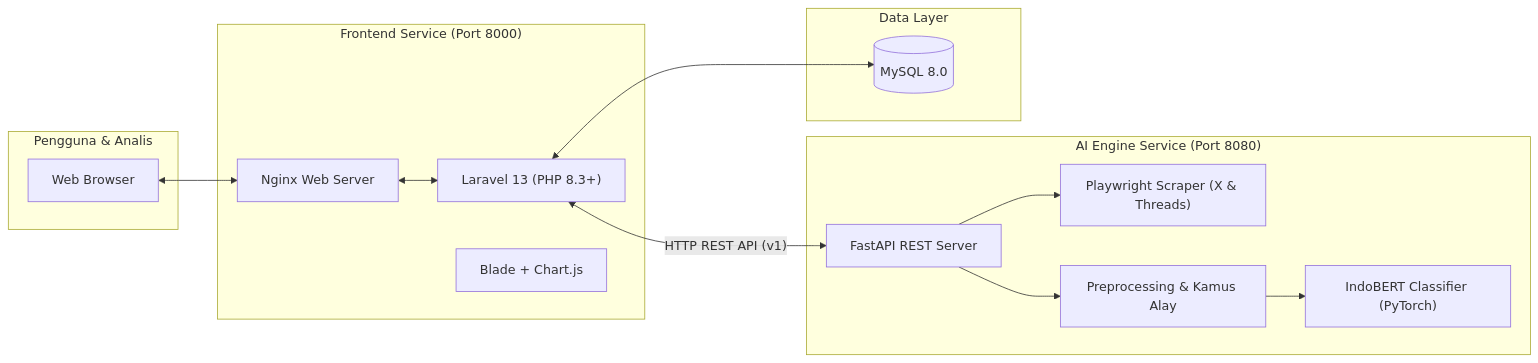
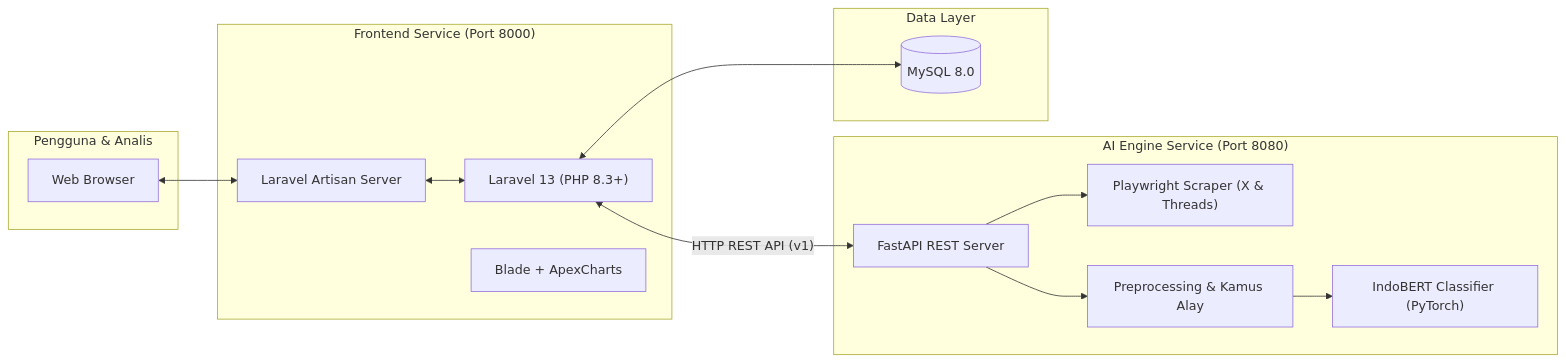
One commit to cipalipampam/hate-speech-detection changed the diagram in README.md. Above: the diagram before and after it, drawn with Mermaid. The commit also changed other lines of this file and 2 other files, not shown here.

````diff
--- a/README.md
+++ b/README.md
@@ -95,31 +95,31 @@
 ```mermaid
 flowchart LR
     subgraph Klien["Pengguna & Analis"]
         U["Web Browser"]
     end
 
     subgraph Frontend["Frontend Service (Port 8000)"]
         L["Laravel 13 (PHP 8.3+)"]
-        B["Blade + Chart.js"]
-        N["Nginx Web Server"]
+      B["Blade + ApexCharts"]
+      N["Laravel Artisan Server"]
     end
 
     subgraph Backend["AI Engine Service (Port 8080)"]
         F["FastAPI REST Server"]
         P["Playwright Scraper (X & Threads)"]
         PR["Preprocessing & Kamus Alay"]
         IB["IndoBERT Classifier (PyTorch)"]
     end
 
     subgraph Database["Data Layer"]
         DB[("MySQL 8.0")]
     end
 
     U <--> N
     N <--> L
     L <--> DB
     L <-->|"HTTP REST API (v1)"| F
     F --> P
     F --> PR
     PR --> IB
 ```
````
